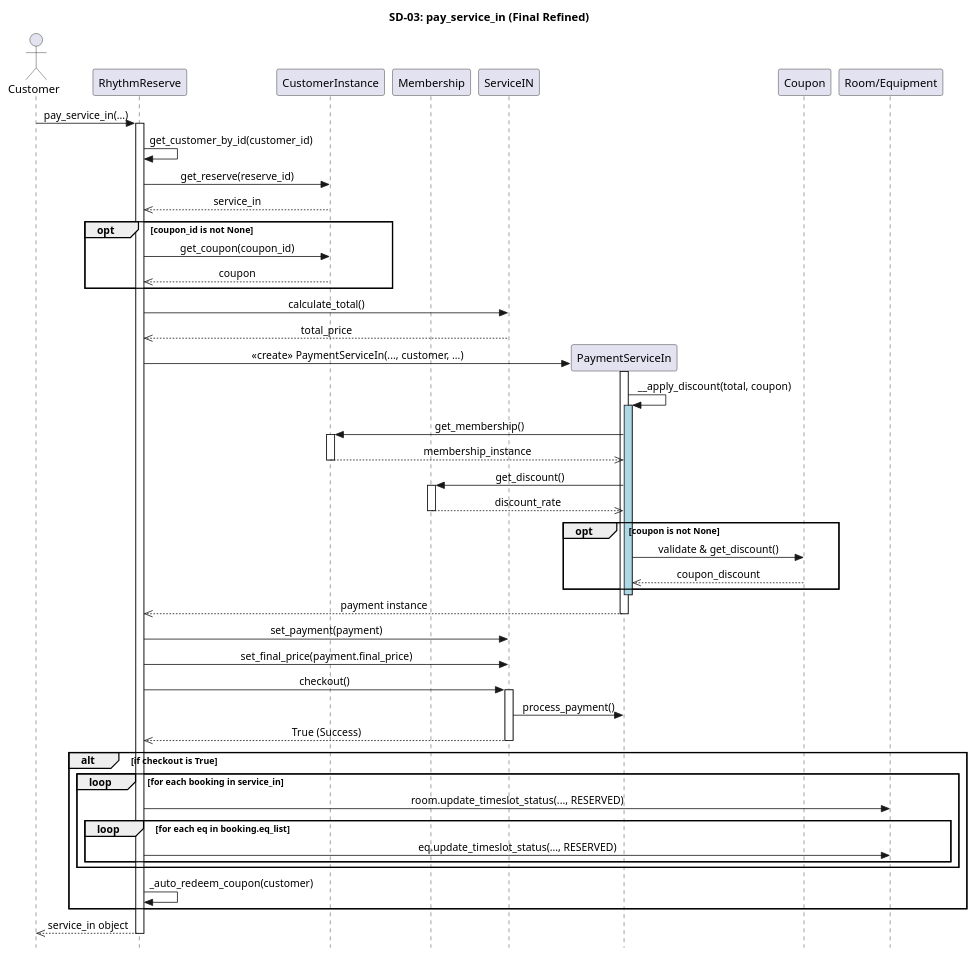
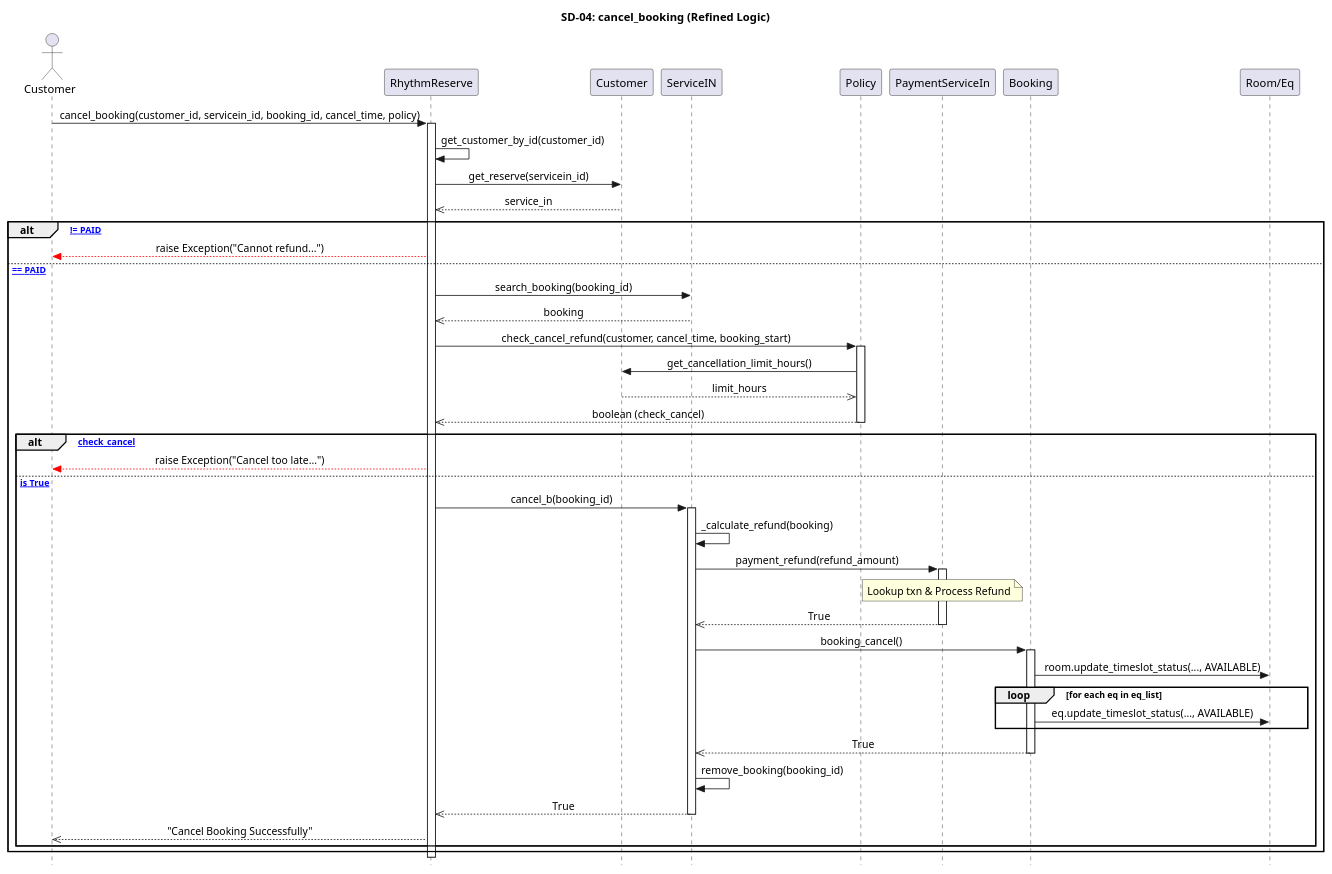
The diagram in diagram/sequence_diagram/9final_sequence/sss1.puml (pjngth998/RhythmReserve), drawn with PlantUML before and after one commit. The commit also changed 1 other file, not shown here.

```diff
--- a/diagram/sequence_diagram/9final_sequence/sss1.puml
+++ b/diagram/sequence_diagram/9final_sequence/sss1.puml
@@ -1,83 +1,72 @@
 @startuml
-title SD-03: pay_service_in (Final Refined)
+title SD-04: cancel_booking (Refined Logic)
 
 skinparam Style strictuml
 skinparam sequence {
     MessageAlignment center
-    ActivationBackgroundColor #E1F5FE
 }
 
 actor Customer as C
 participant "RhythmReserve" as RR
-participant "CustomerInstance" as CI
-participant "Membership" as MEM
+participant "Customer" as CUS
 participant "ServiceIN" as SIN
+participant "Policy" as POL
 participant "PaymentServiceIn" as PSIN
-participant "Coupon" as CPN
-participant "Room/Equipment" as RE
+participant "Booking" as BK
+participant "Room/Eq" as RE
 
-C -> RR : pay_service_in(...)
+C -> RR : cancel_booking(customer_id, servicein_id, booking_id, cancel_time, policy)
 activate RR
 
     RR -> RR : get_customer_by_id(customer_id)
-    RR -> CI : get_reserve(reserve_id)
-    CI -->> RR : service_in
+    RR -> CUS : get_reserve(servicein_id)
+    CUS -->> RR : service_in
 
-    opt coupon_id is not None
-        RR -> CI : get_coupon(coupon_id)
-        CI -->> RR : coupon
+    ' เช็คสถานะการจ่ายเงิน
+    alt [service_in.status != PAID]
+        RR --[#red]> C : raise Exception("Cannot refund...")
+    else [status == PAID]
+        RR -> SIN : search_booking(booking_id)
+        SIN -->> RR : booking
+
+        ' การเช็ค Policy (ยุบให้คลีนเหมือนคูปอง)
+        RR -> POL : check_cancel_refund(customer, cancel_time, booking_start)
+        activate POL
+            POL -> CUS : get_cancellation_limit_hours()
+            CUS -->> POL : limit_hours
+            POL -->> RR : boolean (check_cancel)
+        deactivate POL
+
+        alt [not check_cancel]
+            RR --[#red]> C : raise Exception("Cancel too late...")
+        else [check_cancel is True]
+            
+            ' เริ่มกระบวนการ cancel_b ภายใน ServiceIN
+            RR -> SIN : cancel_b(booking_id)
+            activate SIN
+                SIN -> SIN : _calculate_refund(booking)
+                
+                SIN -> PSIN : payment_refund(refund_amount)
+                activate PSIN
+                    note over PSIN : Lookup txn & Process Refund
+                    PSIN -->> SIN : True
+                deactivate PSIN
+
+                SIN -> BK : booking_cancel()
+                activate BK
+                    BK -> RE : room.update_timeslot_status(..., AVAILABLE)
+                    loop for each eq in eq_list
+                        BK -> RE : eq.update_timeslot_status(..., AVAILABLE)
+                    end
+                    BK -->> SIN : True
+                deactivate BK
+
+                SIN -> SIN : remove_booking(booking_id)
+                SIN -->> RR : True
+            deactivate SIN
+
+            RR -->> C : "Cancel Booking Successfully"
+        end
     end
-
-    RR -> SIN : calculate_total()
-    SIN -->> RR : total_price
-
-    '--- จังหวะสร้าง Payment และการดึง Membership ---
-    create PSIN
-    RR -> PSIN : <<create>> PaymentServiceIn(..., customer, ...)
-    activate PSIN
-        PSIN -> PSIN : __apply_discount(total, coupon)
-        activate PSIN #LightBlue
-            
-            '--- ขั้นตอนการไปเอา Membership ตามที่คุณแนะนำ ---
-            PSIN -> CI : get_membership()
-            activate CI
-            CI -->> PSIN : membership_instance
-            deactivate CI
-            
-            PSIN -> MEM : get_discount()
-            activate MEM
-            MEM -->> PSIN : discount_rate
-            deactivate MEM
-            
-            opt coupon is not None
-                PSIN -> CPN : validate & get_discount()
-                CPN -->> PSIN : coupon_discount
-            end
-        deactivate PSIN
-    PSIN -->> RR : payment instance
-    deactivate PSIN
-
-    RR -> SIN : set_payment(payment)
-    RR -> SIN : set_final_price(payment.final_price)
-
-    '--- ส่วน Checkout และการ Update Status ---
-    RR -> SIN : checkout()
-    activate SIN
-        SIN -> PSIN : process_payment()
-        SIN -->> RR : True (Success)
-    deactivate SIN
-
-    alt if checkout is True
-        loop for each booking in service_in
-            RR -> RE : room.update_timeslot_status(..., RESERVED)
-            loop for each eq in booking.eq_list
-                RR -> RE : eq.update_timeslot_status(..., RESERVED)
-            end
-        end
-        RR -> RR : _auto_redeem_coupon(customer)
-    end
-
-RR -->> C : service_in object
 deactivate RR
-
 @enduml
```
